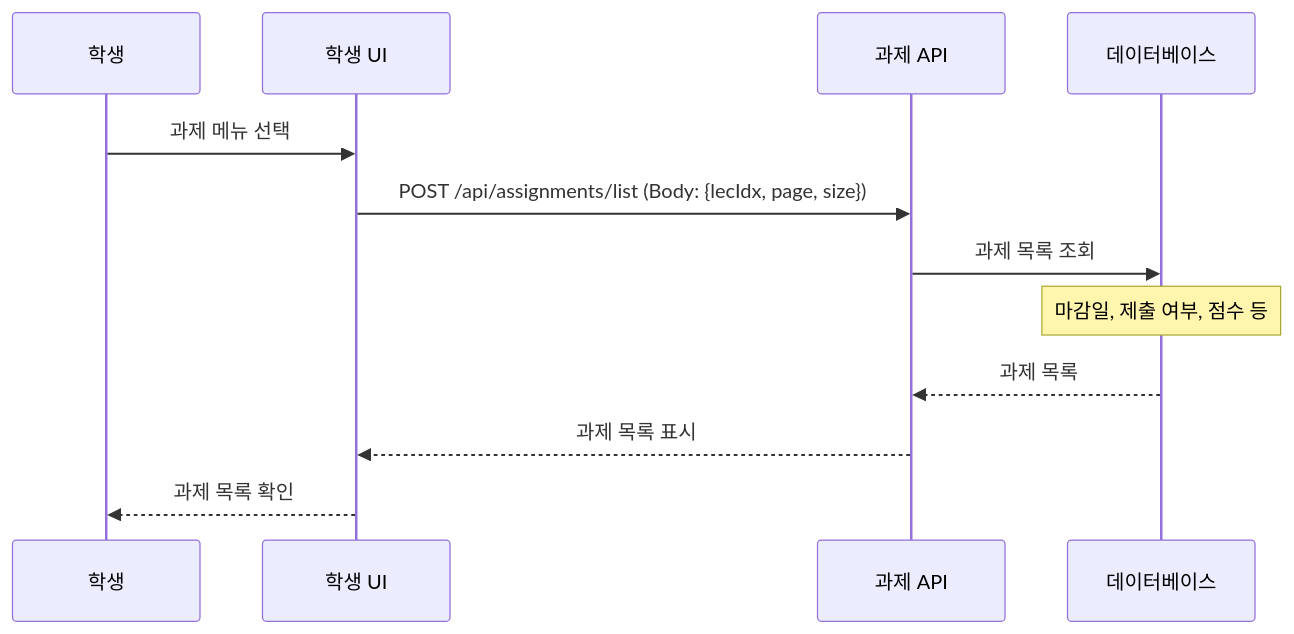
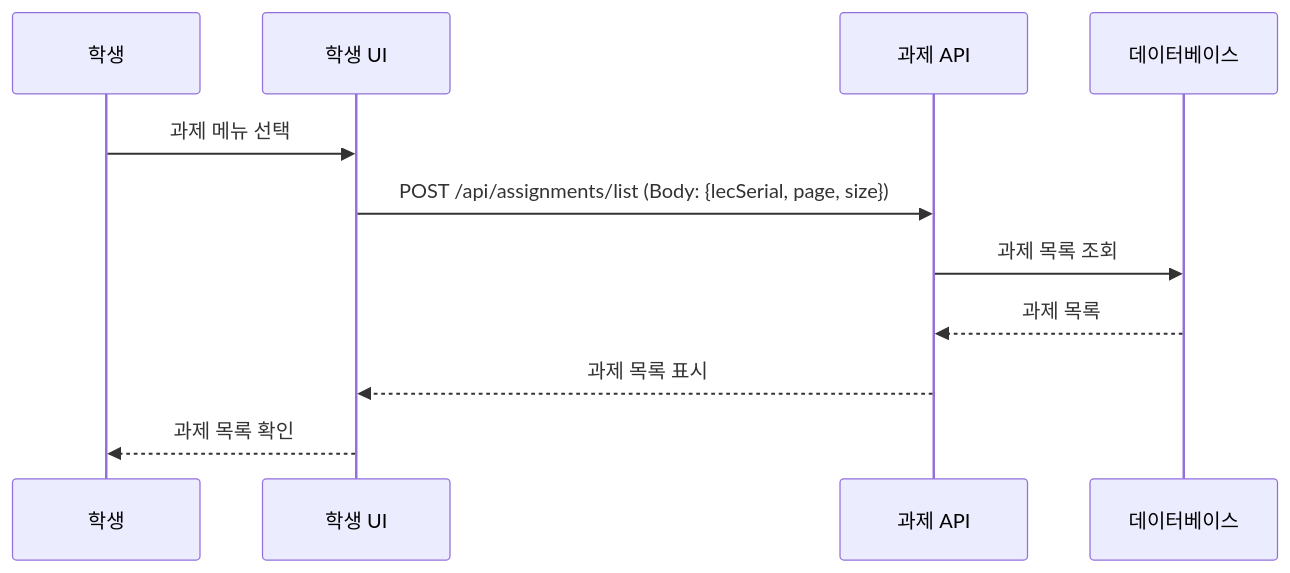
One commit to hooting76/blue-crab-lms changed the seventh of 10 diagrams in backend/BlueCrab/docs/강의관련기능/06-학생플로우.md. Above: the diagram before and after it, drawn with Mermaid. The commit also changed other lines of this file and 19 other files, not shown here.

````diff
--- a/backend/BlueCrab/docs/강의관련기능/06-학생플로우.md
+++ b/backend/BlueCrab/docs/강의관련기능/06-학생플로우.md
@@ -163,15 +215,14 @@
 ```mermaid
 sequenceDiagram
     participant Student as 학생
     participant UI as 학생 UI
     participant API as 과제 API
     participant DB as 데이터베이스
 
     Student->>UI: 과제 메뉴 선택
-    UI->>API: POST /api/assignments/list (Body: {lecIdx, page, size})
+    UI->>API: POST /api/assignments/list (Body: {lecSerial, page, size})
     API->>DB: 과제 목록 조회
-    Note over DB: 마감일, 제출 여부, 점수 등
     DB-->>API: 과제 목록
     API-->>UI: 과제 목록 표시
     UI-->>Student: 과제 목록 확인
 ```
````
